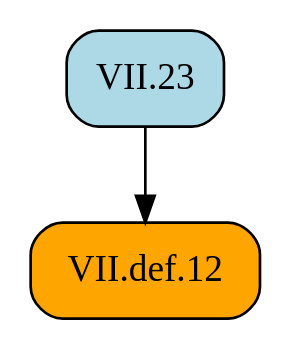
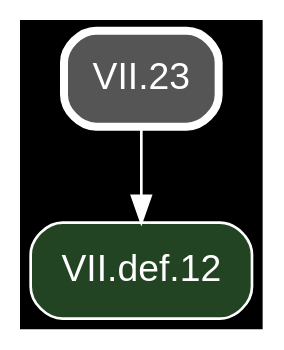
One commit to geometor/elements changed the diagram in docsrc/heath/VII/23/index.rst. Above: the diagram before and after it, drawn with Graphviz. The commit also changed other lines of this file and 1200 other files, not shown here.

Commit message:
update dependency graphs

```diff
--- a/docsrc/heath/VII/23/index.rst
+++ b/docsrc/heath/VII/23/index.rst
@@ -36,9 +36,11 @@
 .. graphviz::
 
    digraph {
+     bgcolor="black";
+     node [shape=box, style="rounded,filled", fontname="Helvetica", color="white", fontcolor="white"];
+     edge [color="white", fontcolor="white"];
      rankdir="TB";
-     node [shape=box, style=rounded];
-     "VII.23" [style="rounded,filled", fillcolor=lightblue, URL="/heath/VII/23/", target="_top"];
-     "VII.def.12" [style="rounded,filled", fillcolor=orange, URL="/heath/VII/def.12/", target="_top"];
+     "VII.23" [penwidth=3, color="white", fillcolor="#555555", URL="/heath/VII/23/", target="_top"];
+     "VII.def.12" [fillcolor="#224422", URL="/heath/VII/def.12/", target="_top"];
      "VII.23" -> "VII.def.12";
    }
```
